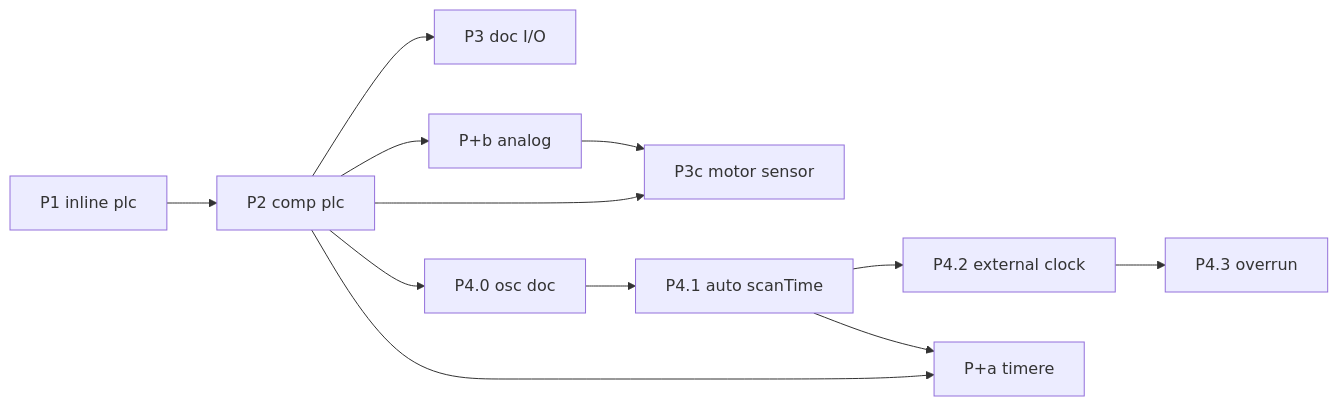
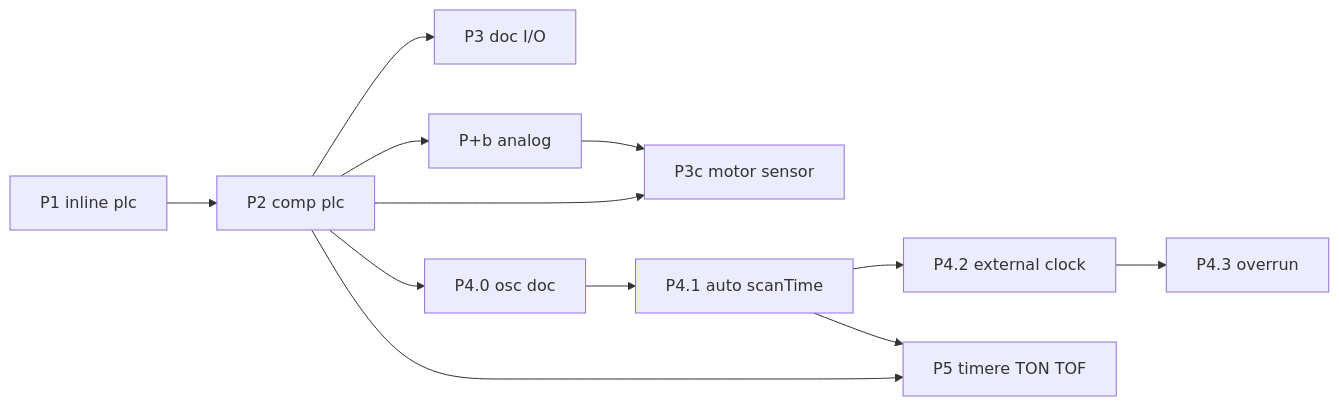
One commit to epsislow/logic-algebra-js changed the fourth of 4 diagrams in library/logTscript/.cursor/plans/comp_plc.plan.md. Above: the diagram before and after it, drawn with Mermaid. The commit also changed other lines of this file and 1 other file, not shown here.

Commit message:
comp_plc.plan for P+a (P5) TON/TOF

````diff
--- a/library/logTscript/.cursor/plans/comp_plc.plan.md
+++ b/library/logTscript/.cursor/plans/comp_plc.plan.md
@@ -608,24 +627,24 @@
 ```mermaid
 flowchart LR
   P1[P1 inline plc]
   P2[P2 comp plc]
   P3[P3 doc I/O]
   P3c[P3c motor sensor]
   P40[P4.0 osc doc]
   P41[P4.1 auto scanTime]
   P42[P4.2 external clock]
   P43[P4.3 overrun]
-  Pa[P+a timere]
+  P5[P5 timere TON TOF]
   Pb[P+b analog]
   P1 --> P2
   P2 --> P3
   P2 --> P3c
   P2 --> P40
   P40 --> P41
   P41 --> P42
   P42 --> P43
-  P2 --> Pa
+  P2 --> P5
   P2 --> Pb
   Pb --> P3c
-  P41 --> Pa
+  P41 --> P5
 ```
````
